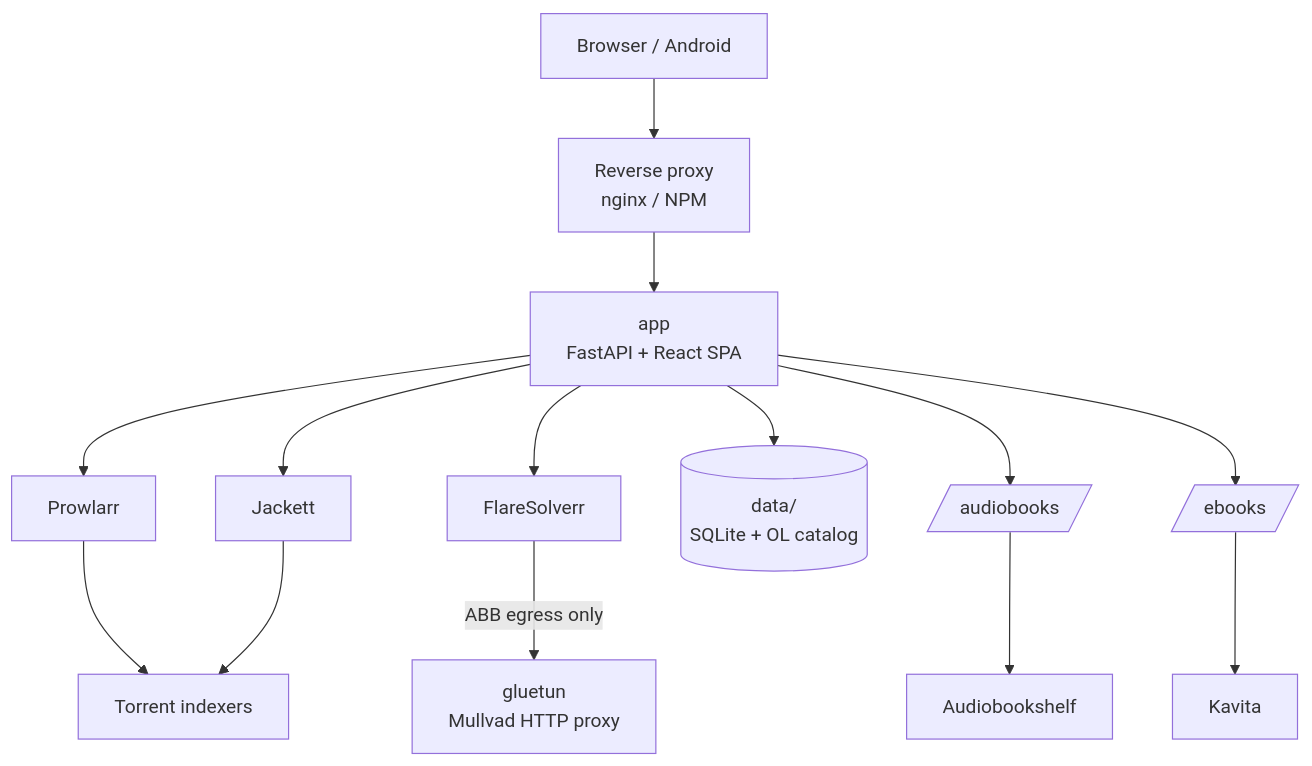
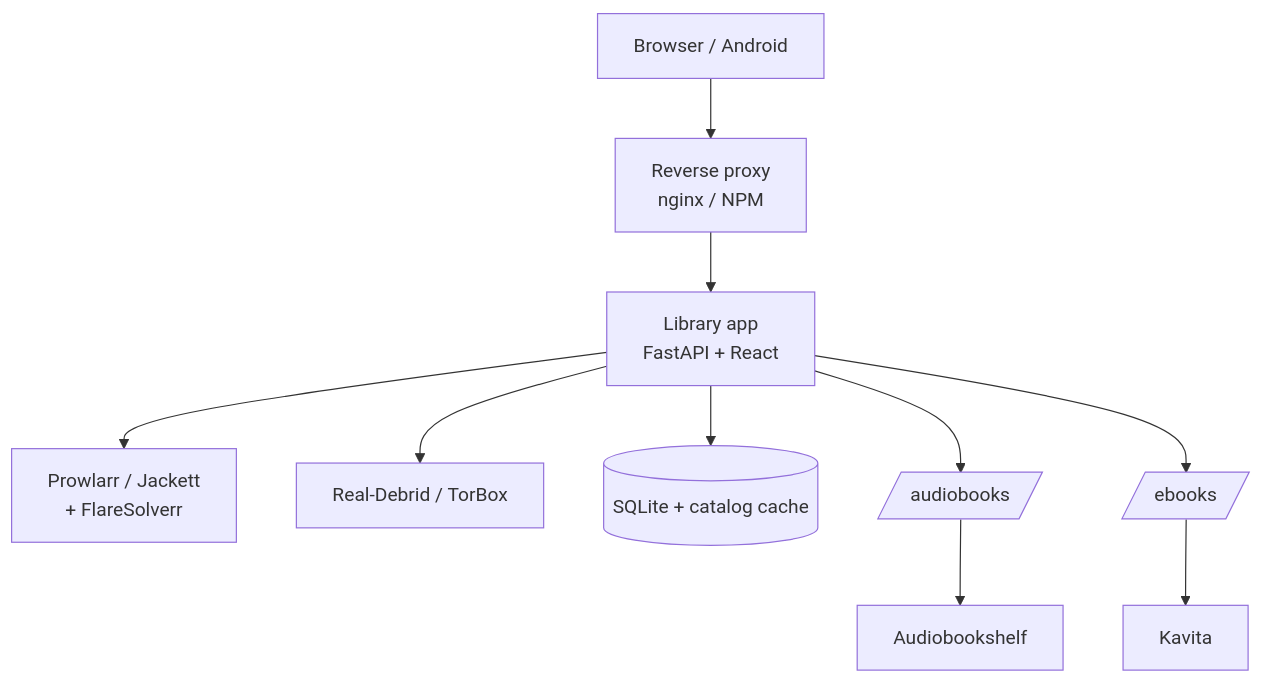
The diagram in README.md (brutaliccus/Library), drawn with Mermaid before and after one commit. The commit also changed other lines of this file and 10 other files, not shown here.

````diff
--- a/README.md
+++ b/README.md
@@ -109,25 +96,20 @@
 ```mermaid
 flowchart TB
   client[Browser / Android]
   proxy[Reverse proxy<br/>nginx / NPM]
-  app[app<br/>FastAPI + React SPA]
-  prowlarr[Prowlarr]
-  jackett[Jackett]
-  flare[FlareSolverr]
-  gluetun[gluetun<br/>Mullvad HTTP proxy]
-  indexers[Torrent indexers]
-  data[(data/<br/>SQLite + OL catalog)]
+  app[Library app<br/>FastAPI + React]
+  indexers[Prowlarr / Jackett<br/>+ FlareSolverr]
+  debrid[Real-Debrid / TorBox]
+  data[(SQLite + catalog cache)]
   audio[/audiobooks/]
   ebooks[/ebooks/]
   abs[Audiobookshelf]
   kavita[Kavita]
 
   client --> proxy --> app
-  app --> prowlarr --> indexers
-  app --> jackett --> indexers
-  app --> flare
-  flare -->|"ABB egress only"| gluetun
+  app --> indexers
+  app --> debrid
   app --> data
   app --> audio --> abs
   app --> ebooks --> kavita
 ```
````
